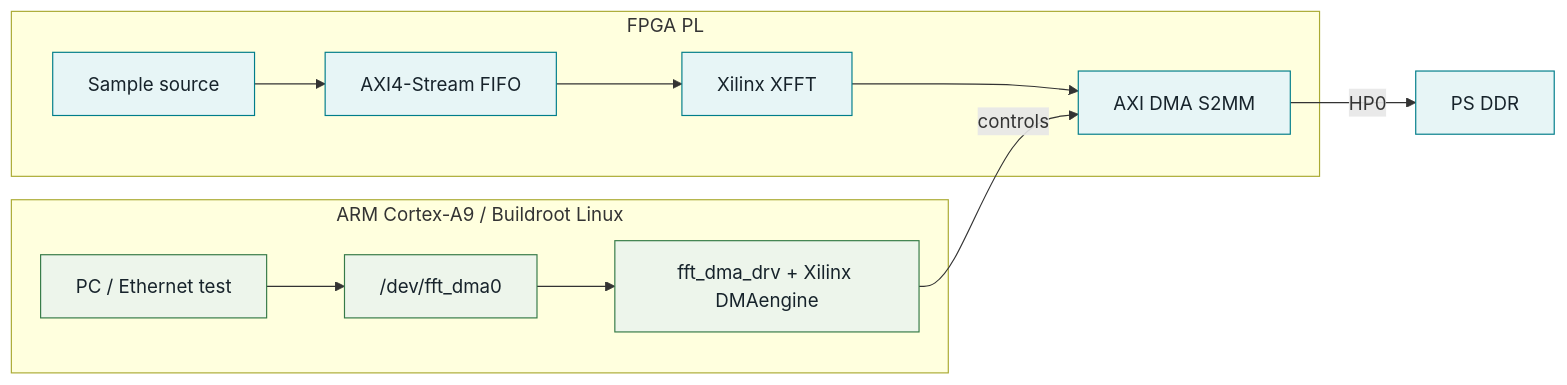
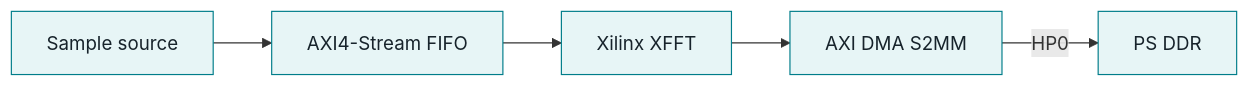
Before and after one commit to Linciyou/fpga-accelerated-embedded-linux-zynq: the diagram in README.md, drawn with Mermaid. The commit also changed other lines of this file, not shown here.

Commit message:
Revise README for clarity on Zynq-7020 bring-up and update system layout diagram

````diff
--- a/README.md
+++ b/README.md
@@ -16,26 +18,10 @@
 ```mermaid
 flowchart LR
-    subgraph PL["FPGA PL"]
-        source["Sample source"]
-        fifo["AXI4-Stream FIFO"]
-        xfft["Xilinx XFFT"]
-        dma["AXI DMA S2MM"]
-        source --> fifo --> xfft --> dma
-    end
-
+    source["Sample source"] --> fifo["AXI4-Stream FIFO"]
+    fifo --> xfft["Xilinx XFFT"]
+    xfft --> dma["AXI DMA S2MM"]
     dma -->|"HP0"| ddr["PS DDR"]
 
-    subgraph PS["ARM Cortex-A9 / Buildroot Linux"]
-        test["PC / Ethernet test"]
-        device["/dev/fft_dma0"]
-        linux["fft_dma_drv + Xilinx DMAengine"]
-        test --> device --> linux
-    end
-
-    linux -->|"controls"| dma
-
-    classDef hardware fill:#e7f5f6,stroke:#007d8a,color:#17232b
-    classDef software fill:#edf5eb,stroke:#357a47,color:#17232b
-    class source,fifo,xfft,dma,ddr hardware
-    class test,device,linux software
+    classDef block fill:#e7f5f6,stroke:#007d8a,color:#17232b
+    class source,fifo,xfft,dma,ddr block
 ```
````
